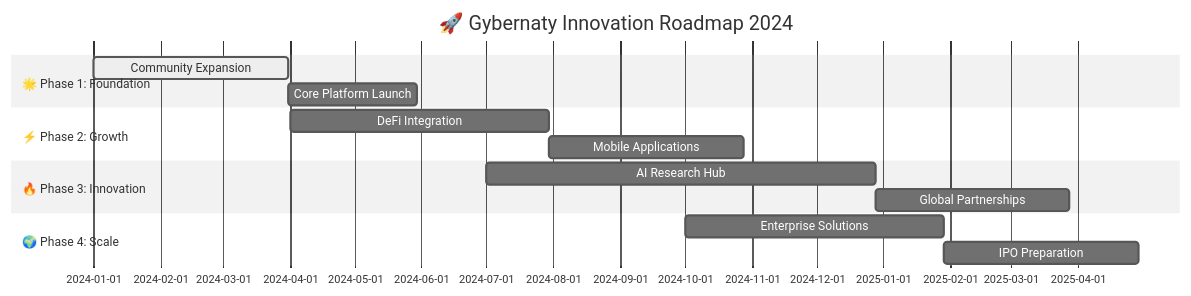
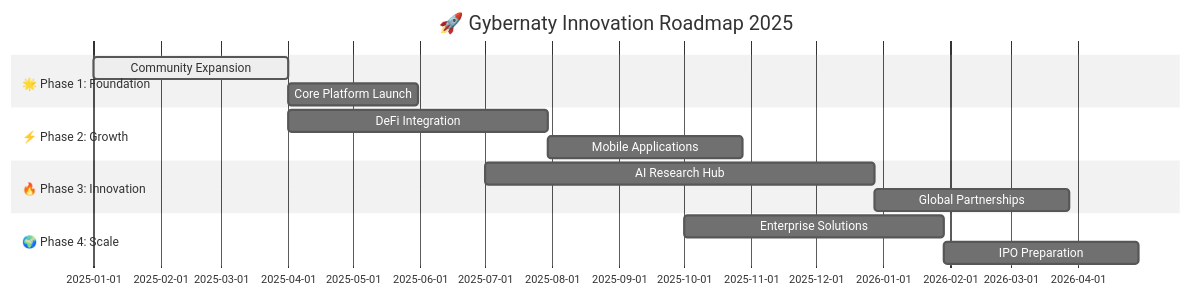
One commit to GyberExperiment/.github changed the diagram in profile/README.md. Above: the diagram before and after it, drawn with Mermaid (neutral theme). The commit also changed other lines of this file, not shown here.

````diff
--- a/profile/README.md
+++ b/profile/README.md
@@ -393,17 +365,17 @@
   ```mermaid
   gantt
-      title 🚀 Gybernaty Innovation Roadmap 2024
+      title 🚀 Gybernaty Innovation Roadmap 2025
       dateFormat YYYY-MM-DD
       section 🌟 Phase 1: Foundation
-      Community Expansion    :active, phase1a, 2024-01-01, 90d
+      Community Expansion    :active, phase1a, 2025-01-01, 90d
       Core Platform Launch   :phase1b, after phase1a, 60d
       section ⚡ Phase 2: Growth
-      DeFi Integration      :phase2a, 2024-04-01, 120d
+      DeFi Integration      :phase2a, 2025-04-01, 120d
       Mobile Applications   :phase2b, after phase2a, 90d
       section 🔥 Phase 3: Innovation
-      AI Research Hub       :phase3a, 2024-07-01, 180d
+      AI Research Hub       :phase3a, 2025-07-01, 180d
       Global Partnerships   :phase3b, after phase3a, 90d
       section 🌍 Phase 4: Scale
-      Enterprise Solutions  :phase4a, 2024-10-01, 120d
+      Enterprise Solutions  :phase4a, 2025-10-01, 120d
       IPO Preparation      :phase4b, after phase4a, 90d
   ```
````
